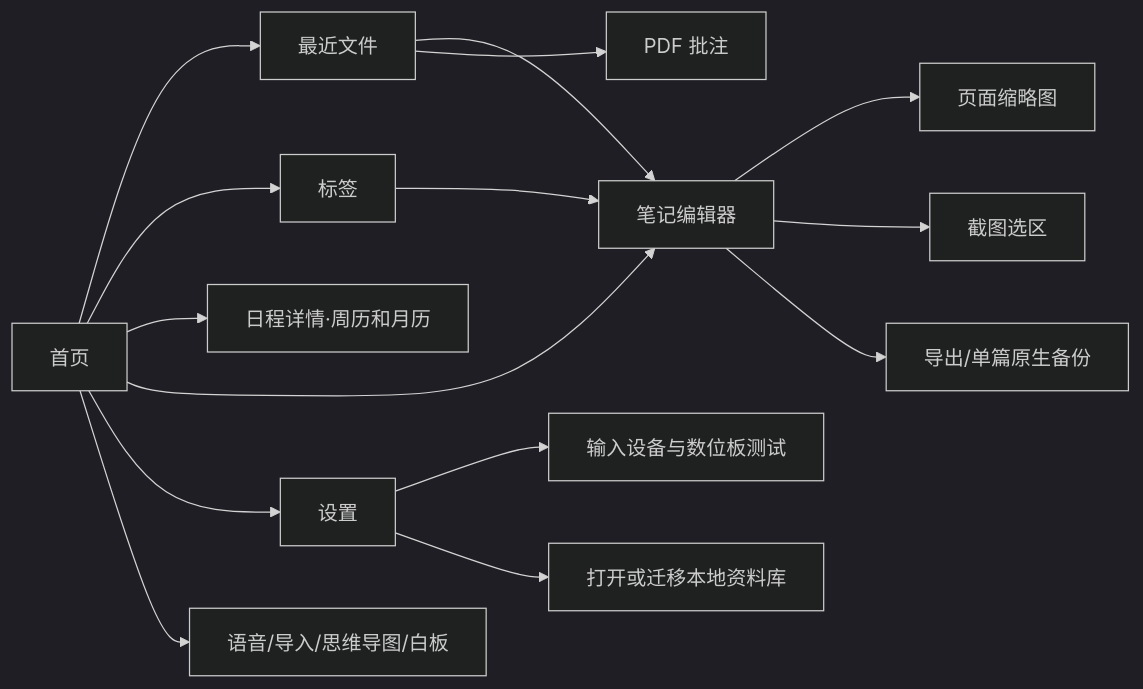
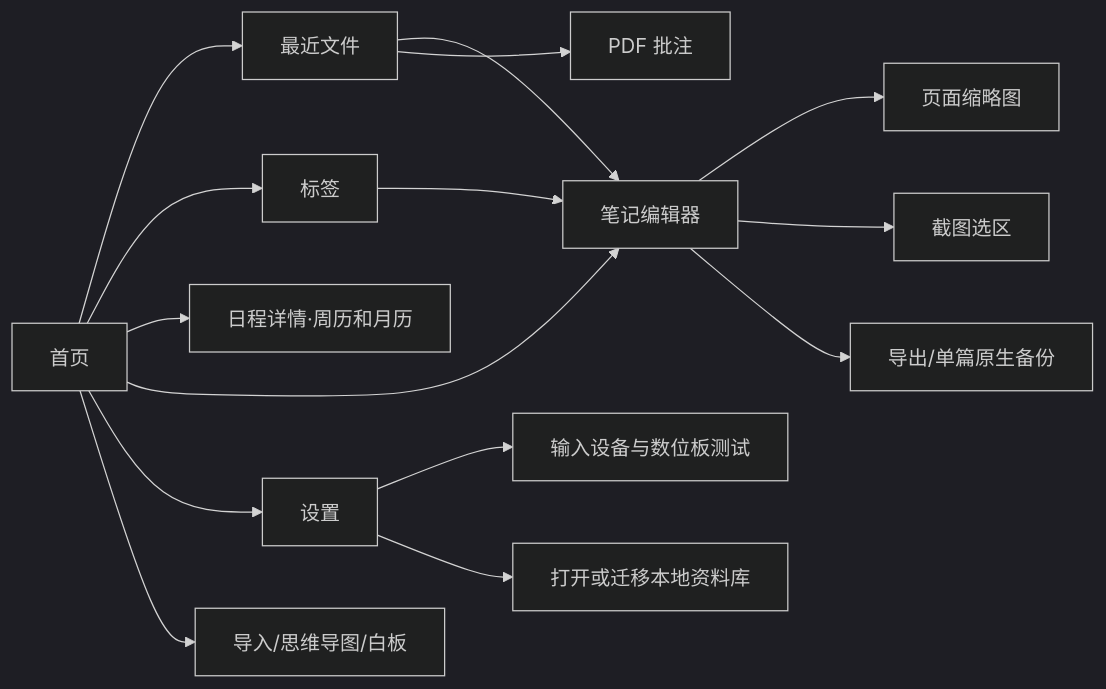
Before and after one commit to poopoo5194379/LiftInk: the diagram in docs/UX-SPEC.md, drawn with Mermaid (dark theme). The commit also changed other lines of this file and 33 other files, not shown here.

````diff
--- a/docs/UX-SPEC.md
+++ b/docs/UX-SPEC.md
@@ -5,17 +5,17 @@
 ```mermaid
 flowchart LR
   H[首页] --> R[最近文件]
   H --> T[标签]
   H --> A[日程详情·周历和月历]
   H --> E[笔记编辑器]
   H --> S[设置]
   R --> E
   T --> E
   E --> P[页面缩略图]
   E --> C[截图选区]
   S --> I[输入设备与数位板测试]
-  H --> Q[语音/导入/思维导图/白板]
+  H --> Q[导入/思维导图/白板]
   E --> X[导出/单篇原生备份]
   R --> D[PDF 批注]
   S --> V[打开或迁移本地资料库]
 ```
````
